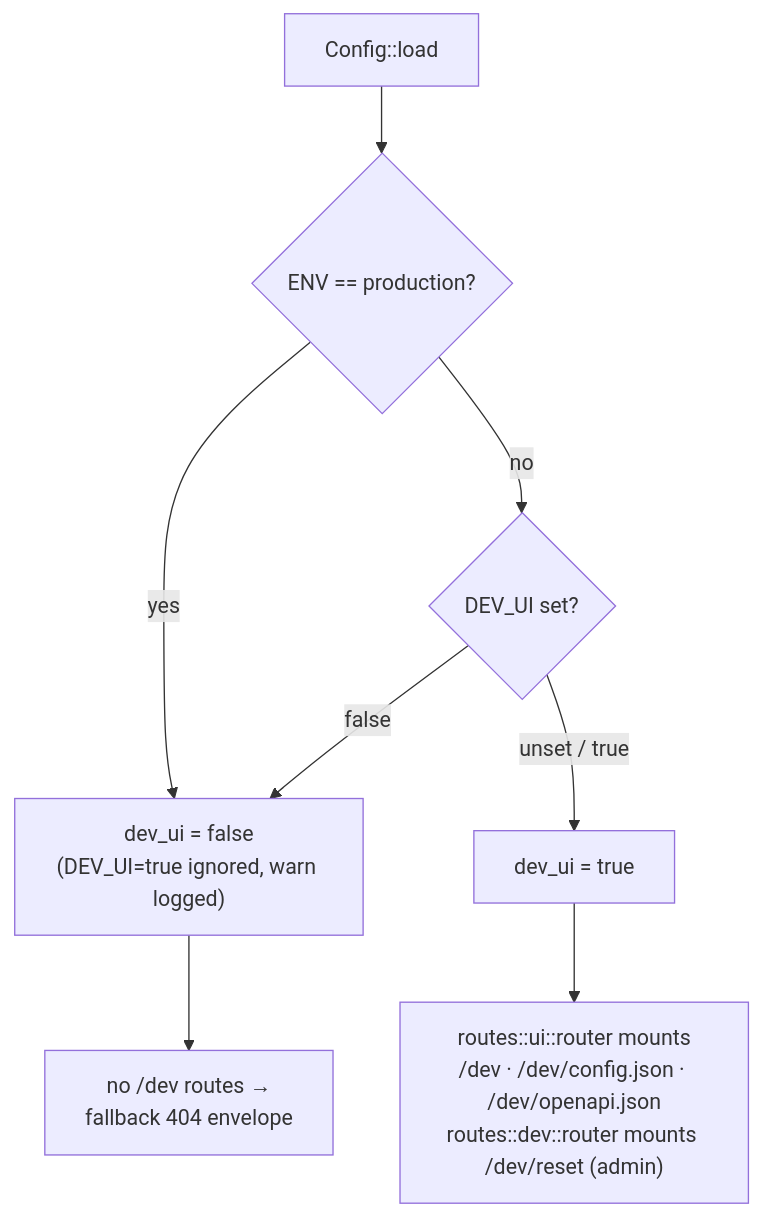
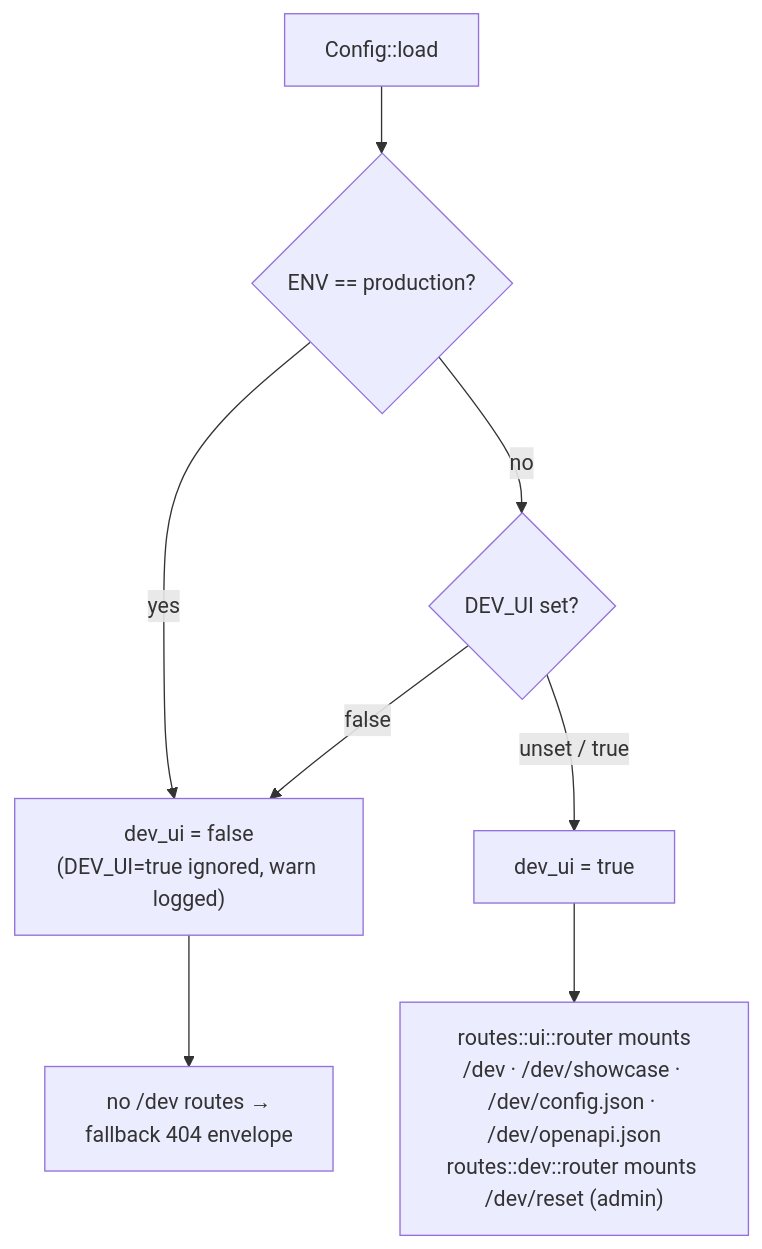
One commit to NinjaGoldfinch/riot-proxy changed the first of 3 diagrams in docs/design/10-dev-explorer.md. Above: the diagram before and after it, drawn with Mermaid. The commit also changed other lines of this file and 12 other files, not shown here.

First line of the commit message:
DEV-06 — /dev/showcase: example frontend, home view, read-route coverage guard (#95)

````diff
--- a/docs/design/10-dev-explorer.md
+++ b/docs/design/10-dev-explorer.md
@@ -22,10 +22,10 @@
 ```mermaid
 flowchart TD
   A[Config::load] --> B{ENV == production?}
   B -- yes --> OFF["dev_ui = false<br/>(DEV_UI=true ignored, warn logged)"]
   B -- no --> C{DEV_UI set?}
   C -- "false" --> OFF
   C -- "unset / true" --> ON[dev_ui = true]
-  ON --> R["routes::ui::router mounts<br/>/dev · /dev/config.json · /dev/openapi.json<br/>routes::dev::router mounts /dev/reset (admin)"]
+  ON --> R["routes::ui::router mounts<br/>/dev · /dev/showcase · /dev/config.json · /dev/openapi.json<br/>routes::dev::router mounts /dev/reset (admin)"]
   OFF --> N["no /dev routes →<br/>fallback 404 envelope"]
 ```
````
